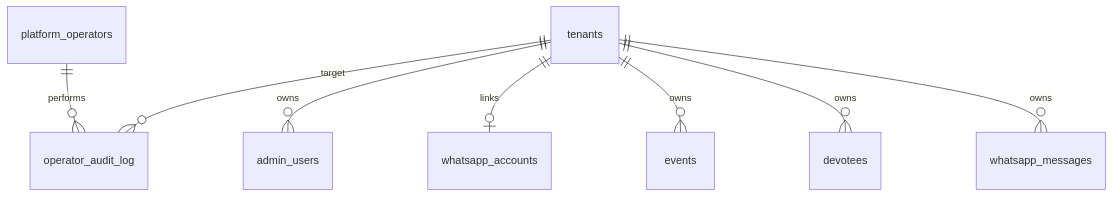
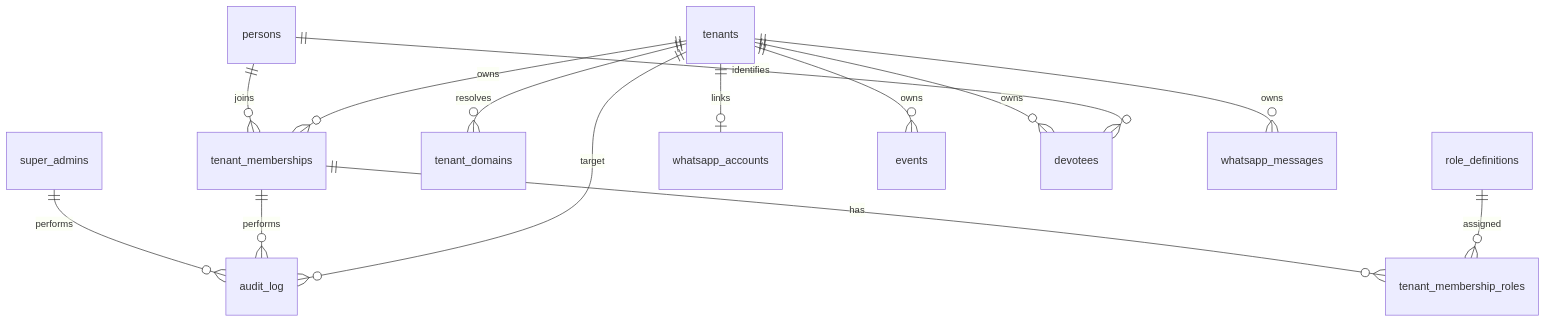
Before and after one commit to SusanthKakarla/TempleOS: the second of 3 diagrams in _bmad-output/planning-artifacts/architecture/architecture-templeOS-super-admin-panel-2026-07-18/ARCHITECTURE-SPINE.md, drawn with Mermaid. The commit also changed other lines of this file and 40 other files, not shown here.

Commit message:
Seed roles and first super admin

````diff
--- a/_bmad-output/planning-artifacts/architecture/architecture-templeOS-super-admin-panel-2026-07-18/ARCHITECTURE-SPINE.md
+++ b/_bmad-output/planning-artifacts/architecture/architecture-templeOS-super-admin-panel-2026-07-18/ARCHITECTURE-SPINE.md
@@ -237,10 +310,16 @@
 ```mermaid
 erDiagram
-  platform_operators ||--o{ operator_audit_log : performs
-  tenants ||--o{ admin_users : owns
+  super_admins ||--o{ audit_log : performs
+  tenant_memberships ||--o{ audit_log : performs
+  persons ||--o{ tenant_memberships : joins
+  tenants ||--o{ tenant_domains : resolves
+  tenants ||--o{ tenant_memberships : owns
+  tenant_memberships ||--o{ tenant_membership_roles : has
+  role_definitions ||--o{ tenant_membership_roles : assigned
   tenants ||--o| whatsapp_accounts : links
   tenants ||--o{ events : owns
   tenants ||--o{ devotees : owns
+  persons ||--o{ devotees : identifies
   tenants ||--o{ whatsapp_messages : owns
-  tenants ||--o{ operator_audit_log : target
+  tenants ||--o{ audit_log : target
 ```
````
